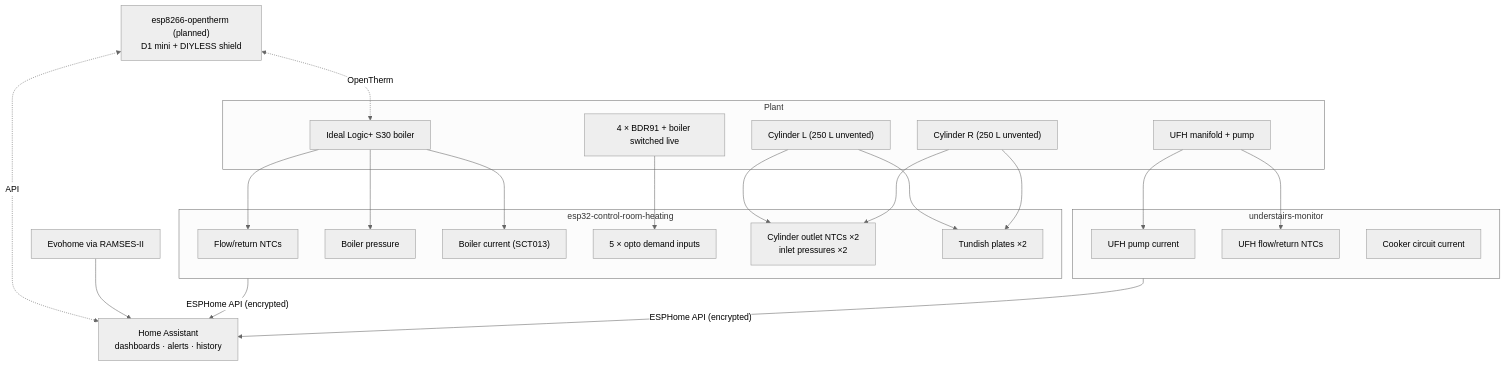
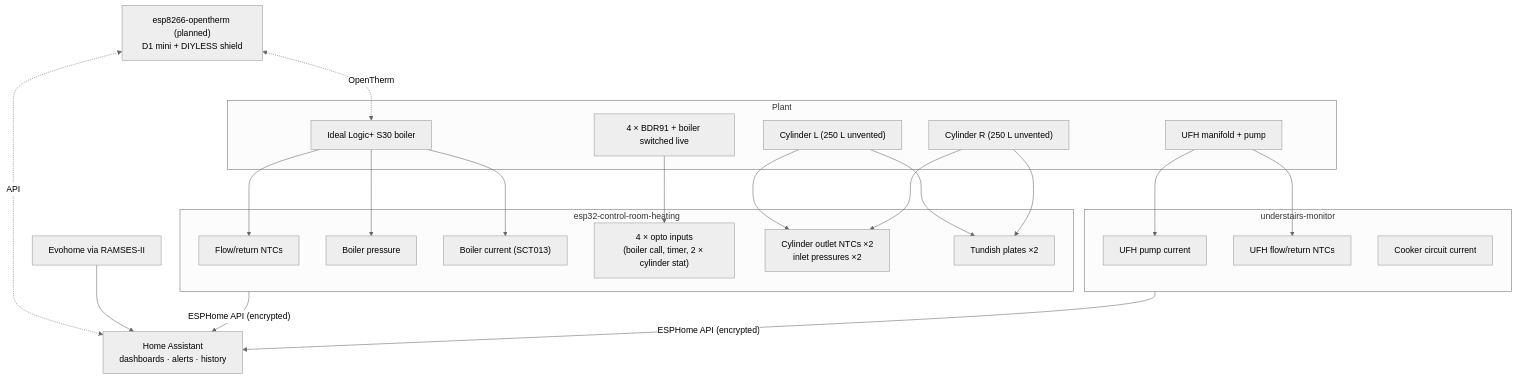
Before and after one commit to the-control-cabinet/heating-plant-monitoring-esphome: the diagram in README.md, drawn with Mermaid (neutral theme). The commit also changed other lines of this file and 6 other files, not shown here.

````diff
--- a/README.md
+++ b/README.md
@@ -49,31 +49,31 @@
 ```mermaid
 flowchart TB
     subgraph PLANT["Plant"]
         B["Ideal Logic+ S30 boiler"]
         C1["Cylinder L (250 L unvented)"]
         C2["Cylinder R (250 L unvented)"]
         UFH["UFH manifold + pump"]
         BDR["4 × BDR91 + boiler switched live"]
     end
     subgraph CR["esp32-control-room-heating"]
         T["Flow/return NTCs"]
         P["Boiler pressure"]
         I["Boiler current (SCT013)"]
-        O["5 × opto demand inputs"]
+        O["4 × opto inputs<br/>(boiler call, timer, 2 × cylinder stat)"]
         DH["Cylinder outlet NTCs ×2<br/>inlet pressures ×2"]
         TD["Tundish plates ×2"]
     end
     subgraph US["understairs-monitor"]
         UP["UFH pump current"]
         UT["UFH flow/return NTCs"]
         CK["Cooker circuit current"]
     end
     B --> T & P & I
     BDR --> O
     C1 & C2 --> DH & TD
     UFH --> UP & UT
     CR & US -->|"ESPHome API (encrypted)"| HA["Home Assistant<br/>dashboards · alerts · history"]
     OT["esp8266-opentherm (planned)<br/>D1 mini + DIYLESS shield"] <-.->|"OpenTherm"| B
     OT <-.->|"API"| HA
     EVO["Evohome via RAMSES-II"] --> HA
 ```
````
